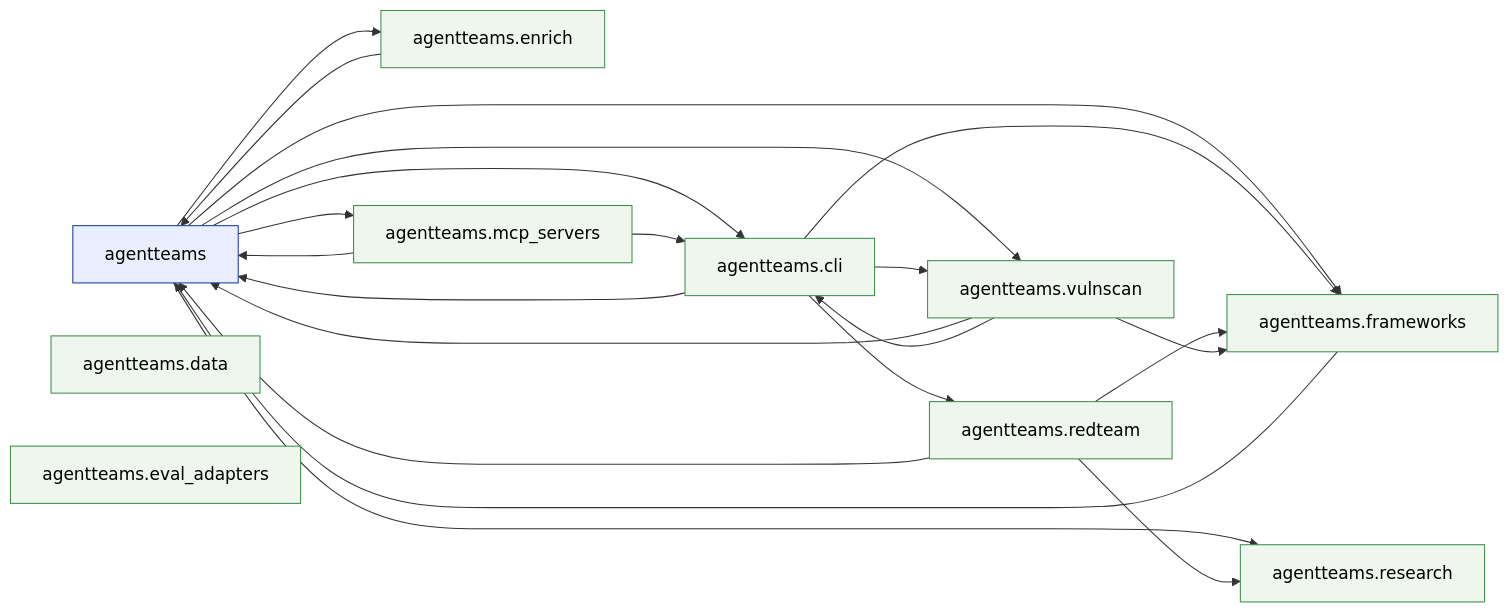
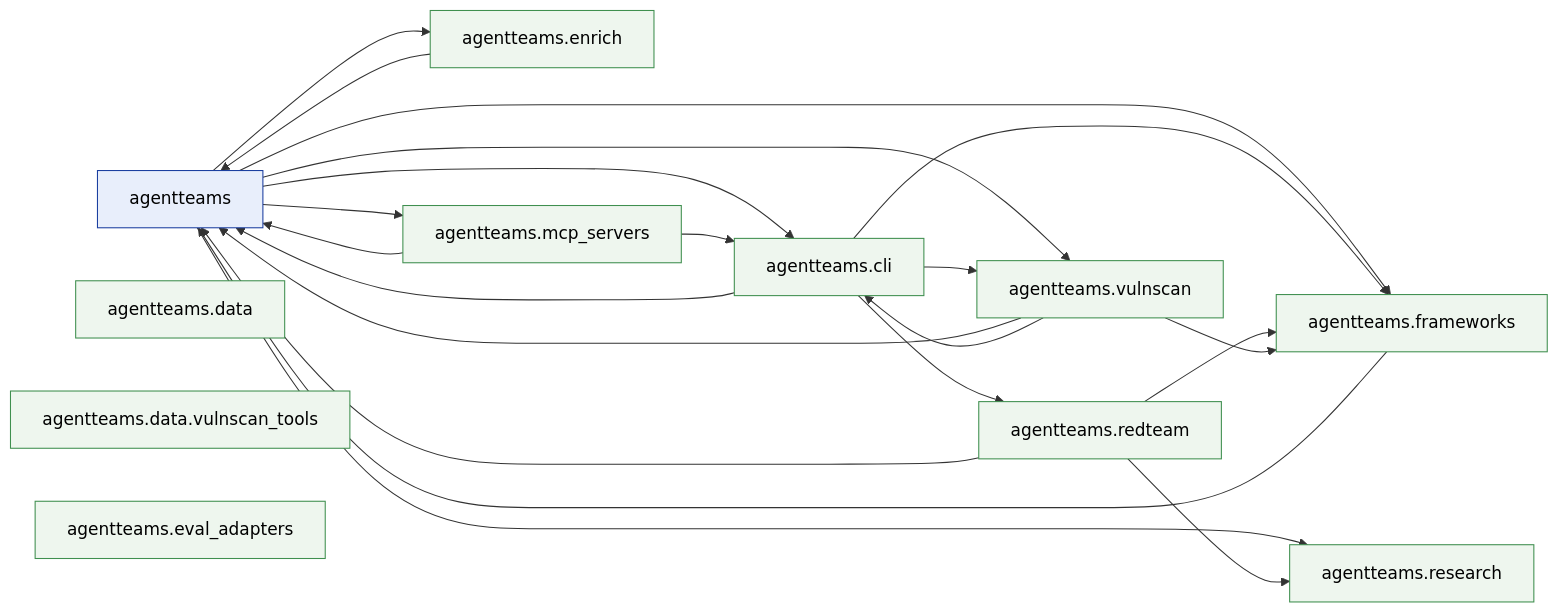
Before and after one commit to jlcatonjr/agentteams: the first of 2 diagrams in references/architecture-graph.md, drawn with Mermaid. The commit also changed other lines of this file and 35 other files, not shown here.

First line of the commit message:
vulnscan: executor subprocesses in a hardened tools container; gateway DLP

````diff
--- a/references/architecture-graph.md
+++ b/references/architecture-graph.md
@@ -377,45 +385,47 @@
 ```mermaid
 flowchart LR
     classDef root fill:#e8eefb,stroke:#1b3fa0,color:#000
     classDef sub  fill:#eef6ee,stroke:#3f8f4f,color:#000
     agentteams["agentteams"]
     class agentteams root
     agentteams_cli["agentteams.cli"]
     class agentteams_cli sub
     agentteams_data["agentteams.data"]
     class agentteams_data sub
+    agentteams_data_vulnscan_tools["agentteams.data.vulnscan_tools"]
+    class agentteams_data_vulnscan_tools sub
     agentteams_enrich["agentteams.enrich"]
     class agentteams_enrich sub
     agentteams_eval_adapters["agentteams.eval_adapters"]
     class agentteams_eval_adapters sub
     agentteams_frameworks["agentteams.frameworks"]
     class agentteams_frameworks sub
     agentteams_mcp_servers["agentteams.mcp_servers"]
     class agentteams_mcp_servers sub
     agentteams_redteam["agentteams.redteam"]
     class agentteams_redteam sub
     agentteams_research["agentteams.research"]
     class agentteams_research sub
     agentteams_vulnscan["agentteams.vulnscan"]
     class agentteams_vulnscan sub
     agentteams --> agentteams_cli
     agentteams --> agentteams_enrich
     agentteams --> agentteams_frameworks
     agentteams --> agentteams_mcp_servers
     agentteams --> agentteams_research
     agentteams --> agentteams_vulnscan
     agentteams_cli --> agentteams
     agentteams_cli --> agentteams_frameworks
     agentteams_cli --> agentteams_redteam
     agentteams_cli --> agentteams_vulnscan
     agentteams_enrich --> agentteams
     agentteams_frameworks --> agentteams
     agentteams_mcp_servers --> agentteams
     agentteams_mcp_servers --> agentteams_cli
     agentteams_redteam --> agentteams
     agentteams_redteam --> agentteams_frameworks
     agentteams_redteam --> agentteams_research
     agentteams_vulnscan --> agentteams
     agentteams_vulnscan --> agentteams_cli
     agentteams_vulnscan --> agentteams_frameworks
 ```
````
